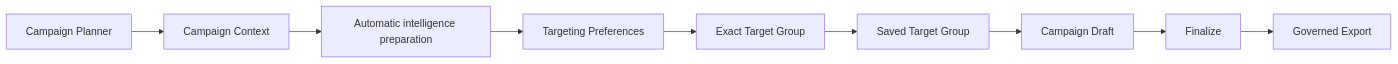
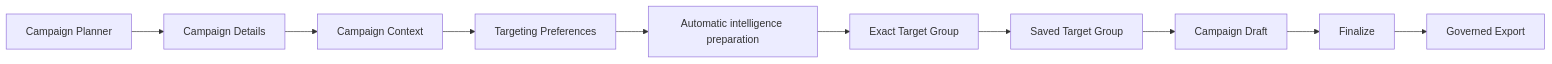
One commit to Kedar-Joshi07/Campaign-Implementation-Tool changed the first of 3 diagrams in docs/PHASE_10_IMPLEMENTATION_SUMMARY.md. Above: the diagram before and after it, drawn with Mermaid. The commit also changed 7 other files, not shown here.

````diff
--- a/docs/PHASE_10_IMPLEMENTATION_SUMMARY.md
+++ b/docs/PHASE_10_IMPLEMENTATION_SUMMARY.md
@@ -7,11 +7,12 @@
 ```mermaid
 flowchart LR
-  CP[Campaign Planner] --> CC[Campaign Context]
-  CC --> AP[Automatic intelligence preparation]
-  AP --> TP[Targeting Preferences]
-  TP --> TG[Exact Target Group]
+  CP[Campaign Planner] --> CD[Campaign Details]
+  CD --> CC[Campaign Context]
+  CC --> TP[Targeting Preferences]
+  TP --> AP[Automatic intelligence preparation]
+  AP --> TG[Exact Target Group]
   TG --> STG[Saved Target Group]
   STG --> C[Campaign Draft]
   C --> F[Finalize]
   F --> E[Governed Export]
 ```
````
